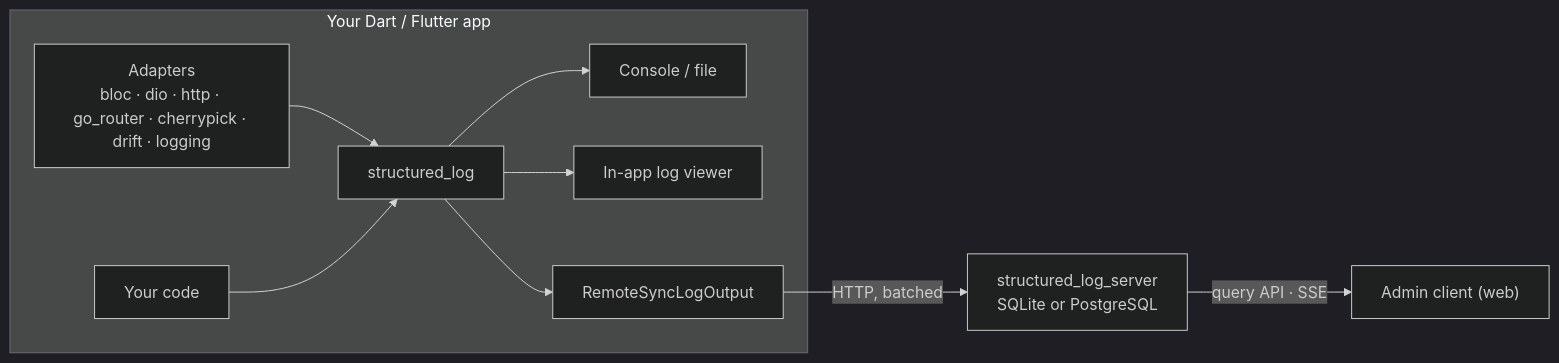
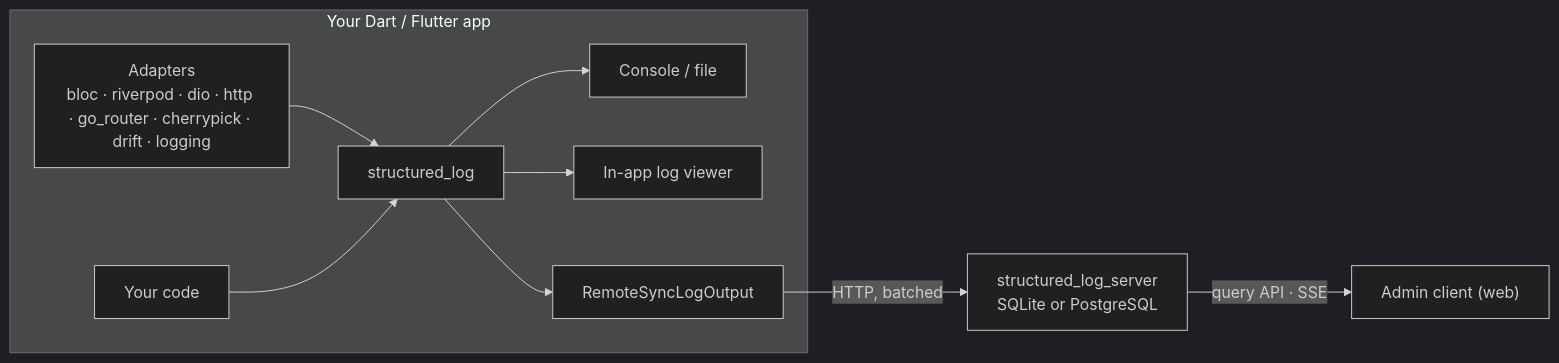
Before and after one commit to pese-git/structured_log: the diagram in README.md, drawn with Mermaid (dark theme). The commit also changed other lines of this file and 38 other files, not shown here.

First line of the commit message:
docs(structured_log_riverpod): document the package and list it in the family

````diff
--- a/README.md
+++ b/README.md
@@ -102,12 +103,12 @@
 ```mermaid
 flowchart LR
   subgraph app["Your Dart / Flutter app"]
-    A["Adapters<br/>bloc · dio · http · go_router · cherrypick · drift · logging"] --> C["structured_log"]
+    A["Adapters<br/>bloc · riverpod · dio · http · go_router · cherrypick · drift · logging"] --> C["structured_log"]
     Y["Your code"] --> C
     C --> O["Console / file"]
     C --> V["In-app log viewer"]
     C --> R["RemoteSyncLogOutput"]
   end
   R -- "HTTP, batched" --> S["structured_log_server<br/>SQLite or PostgreSQL"]
   S -- "query API · SSE" --> W["Admin client (web)"]
 ```
````
